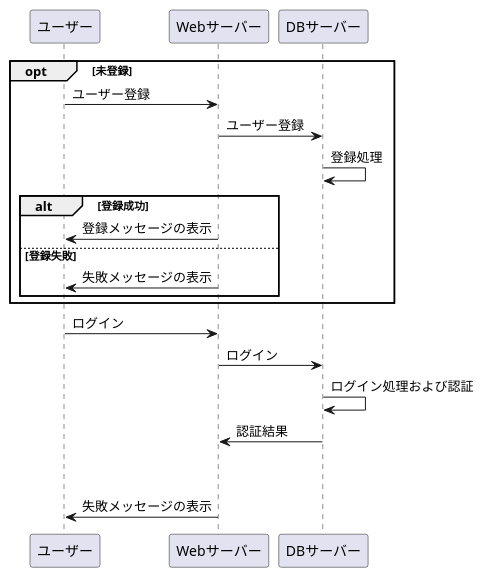
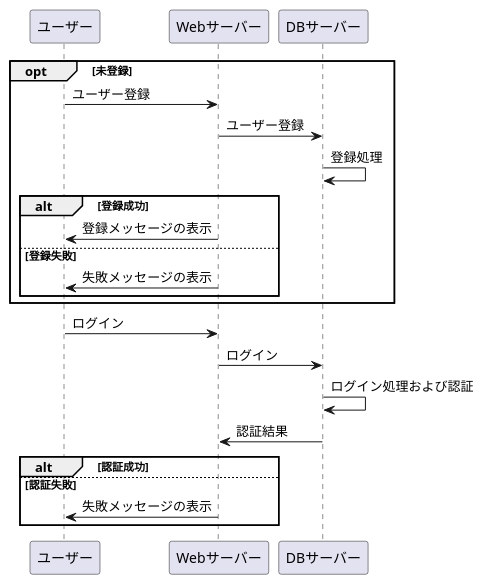
One commit to Aso2001374/2021sys-design changed the diagram in 0511kadai.md. Above: the diagram before and after it, drawn with PlantUML.

````diff
--- a/0511kadai.md
+++ b/0511kadai.md
@@ -1,27 +1,29 @@
 ```uml
 @startuml
 
 opt 未登録
 
 ユーザー -> Webサーバー:ユーザー登録
 Webサーバー -> DBサーバー:ユーザー登録
 DBサーバー -> DBサーバー:登録処理
 
   alt 登録成功
     Webサーバー ->ユーザー:登録メッセージの表示
   else 登録失敗
     Webサーバー ->ユーザー:失敗メッセージの表示
   end
   
 end
 
 ユーザー -> Webサーバー:ログイン
 Webサーバー -> DBサーバー:ログイン
 DBサーバー -> DBサーバー:ログイン処理および認証
 DBサーバー -> Webサーバー:認証結果
 
-alt 認証成功
-  else 認証失敗
+  alt 認証成功
+    else 認証失敗
     Webサーバー ->ユーザー:失敗メッセージの表示
+  end
+    
 @enduml
 ```
````
